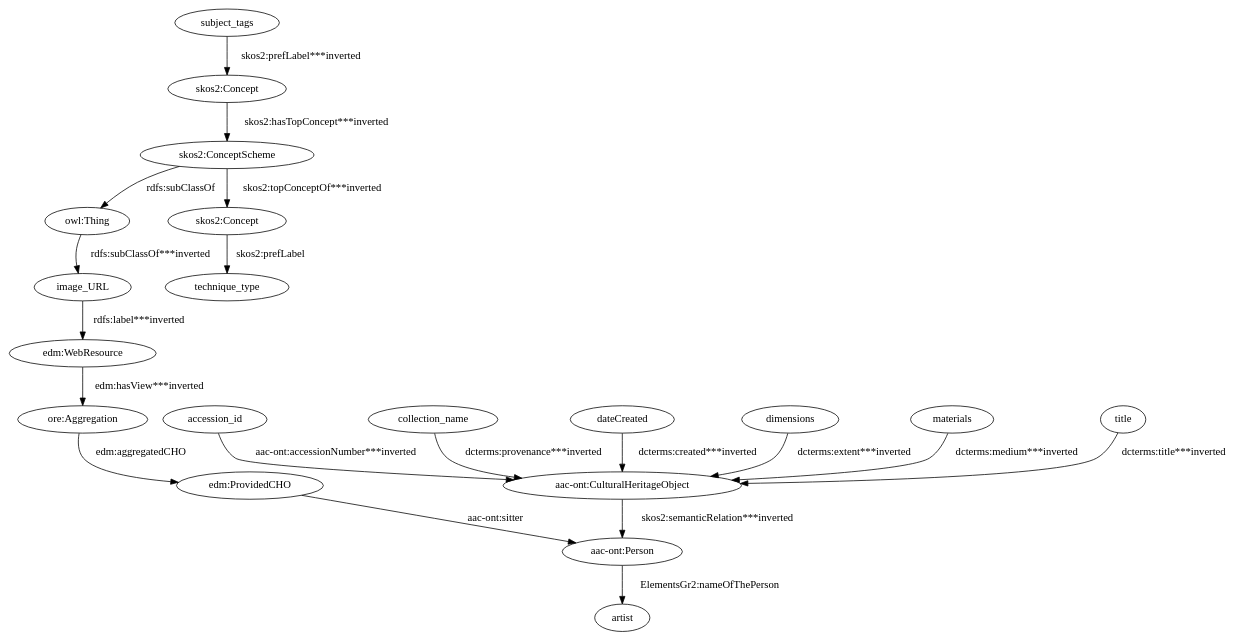
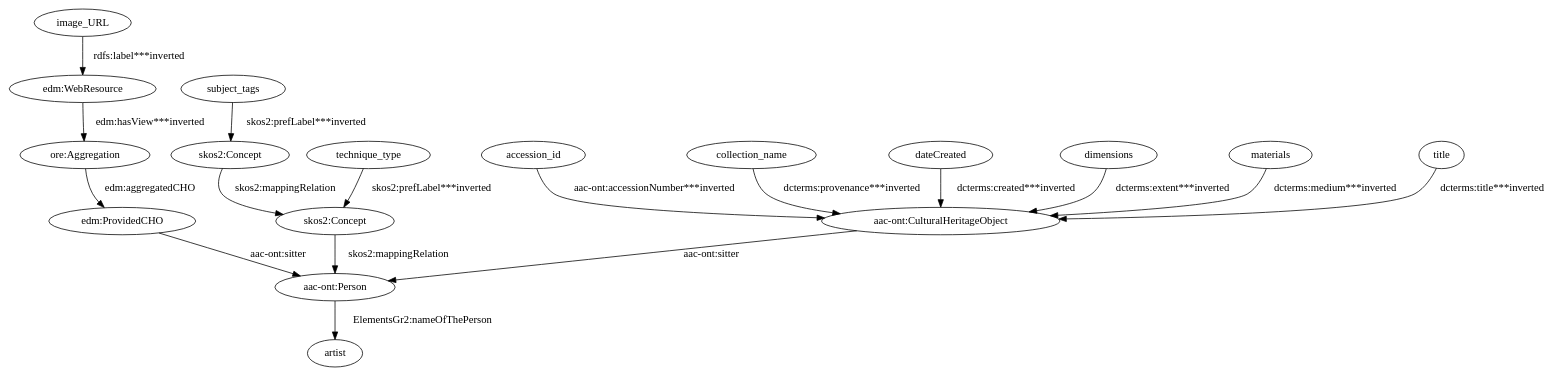
Before and after one commit to giuseppefutia/semi: the diagram in data/taheriyan2016/task_03/semantic_models/steiner/dot/s10-s-18-artworks.dot, drawn with Graphviz. The commit also changed 311 other files, not shown here.

```diff
--- a/data/taheriyan2016/task_03/semantic_models/steiner/dot/s10-s-18-artworks.dot
+++ b/data/taheriyan2016/task_03/semantic_models/steiner/dot/s10-s-18-artworks.dot
@@ -1,39 +1,35 @@
 digraph {
   "aac-ont:CulturalHeritageObject1" [type=class_uri,label="aac-ont:CulturalHeritageObject"]
   "aac-ont:Person1" [type=class_uri,label="aac-ont:Person"]
   artist [type=attribute_name,label=artist]
   accession_id [type=attribute_name,label=accession_id]
   collection_name [type=attribute_name,label=collection_name]
   dateCreated [type=attribute_name,label=dateCreated]
   dimensions [type=attribute_name,label=dimensions]
   "edm:ProvidedCHO" [type=class_uri,label="edm:ProvidedCHO"]
   "edm:WebResource1" [type=class_uri,label="edm:WebResource"]
   "ore:Aggregation" [type=class_uri,label="ore:Aggregation"]
   image_URL [type=attribute_name,label=image_URL]
   materials [type=attribute_name,label=materials]
-  "owl:Thing" [type=special,label="owl:Thing"]
   "skos2:Concept1" [type=class_uri,label="skos2:Concept"]
+  "skos2:Concept2" [type=class_uri,label="skos2:Concept"]
+  subject_tags [type=attribute_name,label=subject_tags]
   technique_type [type=attribute_name,label=technique_type]
-  "skos2:Concept2" [type=class_uri,label="skos2:Concept"]
-  "skos2:ConceptScheme" [type=class_uri,label="skos2:ConceptScheme"]
-  subject_tags [type=attribute_name,label=subject_tags]
   title [type=attribute_name,label=title]
-  "aac-ont:CulturalHeritageObject1" -> "aac-ont:Person1" [type=inherited,label="skos2:semanticRelation***inverted",weight=4]
+  "aac-ont:CulturalHeritageObject1" -> "aac-ont:Person1" [label="aac-ont:sitter",type=direct_property_uri,weight=1]
   "aac-ont:Person1" -> artist [label="ElementsGr2:nameOfThePerson",type=st_property_uri]
   accession_id -> "aac-ont:CulturalHeritageObject1" [type=st_property_uri,label="aac-ont:accessionNumber***inverted",weight=1]
   collection_name -> "aac-ont:CulturalHeritageObject1" [type=st_property_uri,label="dcterms:provenance***inverted",weight=1]
   dateCreated -> "aac-ont:CulturalHeritageObject1" [type=st_property_uri,label="dcterms:created***inverted",weight=1]
   dimensions -> "aac-ont:CulturalHeritageObject1" [type=st_property_uri,label="dcterms:extent***inverted",weight=1]
   "edm:ProvidedCHO" -> "aac-ont:Person1" [label="aac-ont:sitter",type=direct_property_uri,weight=1]
   "edm:WebResource1" -> "ore:Aggregation" [type=direct_property_uri,label="edm:hasView***inverted",weight=1]
   image_URL -> "edm:WebResource1" [type=st_property_uri,label="rdfs:label***inverted",weight=1]
   materials -> "aac-ont:CulturalHeritageObject1" [type=st_property_uri,label="dcterms:medium***inverted",weight=1]
   "ore:Aggregation" -> "edm:ProvidedCHO" [label="edm:aggregatedCHO",type=direct_property_uri,weight=1]
-  "owl:Thing" -> image_URL [type=inherited,label="rdfs:subClassOf***inverted",weight=0.3333333333333333]
-  "skos2:Concept1" -> technique_type [label="skos2:prefLabel",type=st_property_uri]
-  "skos2:Concept2" -> "skos2:ConceptScheme" [type=direct_property_uri,label="skos2:hasTopConcept***inverted",weight=1]
-  "skos2:ConceptScheme" -> "owl:Thing" [label="rdfs:subClassOf",type=inherited,weight=0.3333333333333333]
-  "skos2:ConceptScheme" -> "skos2:Concept1" [type=direct_property_uri,label="skos2:topConceptOf***inverted",weight=1]
+  "skos2:Concept1" -> "aac-ont:Person1" [label="skos2:mappingRelation",type=inherited,weight=4]
+  "skos2:Concept2" -> "skos2:Concept1" [label="skos2:mappingRelation",type=direct_property_uri,weight=1]
   subject_tags -> "skos2:Concept2" [type=st_property_uri,label="skos2:prefLabel***inverted",weight=1]
+  technique_type -> "skos2:Concept1" [type=st_property_uri,label="skos2:prefLabel***inverted",weight=1]
   title -> "aac-ont:CulturalHeritageObject1" [type=st_property_uri,label="dcterms:title***inverted",weight=1]
 }
```
